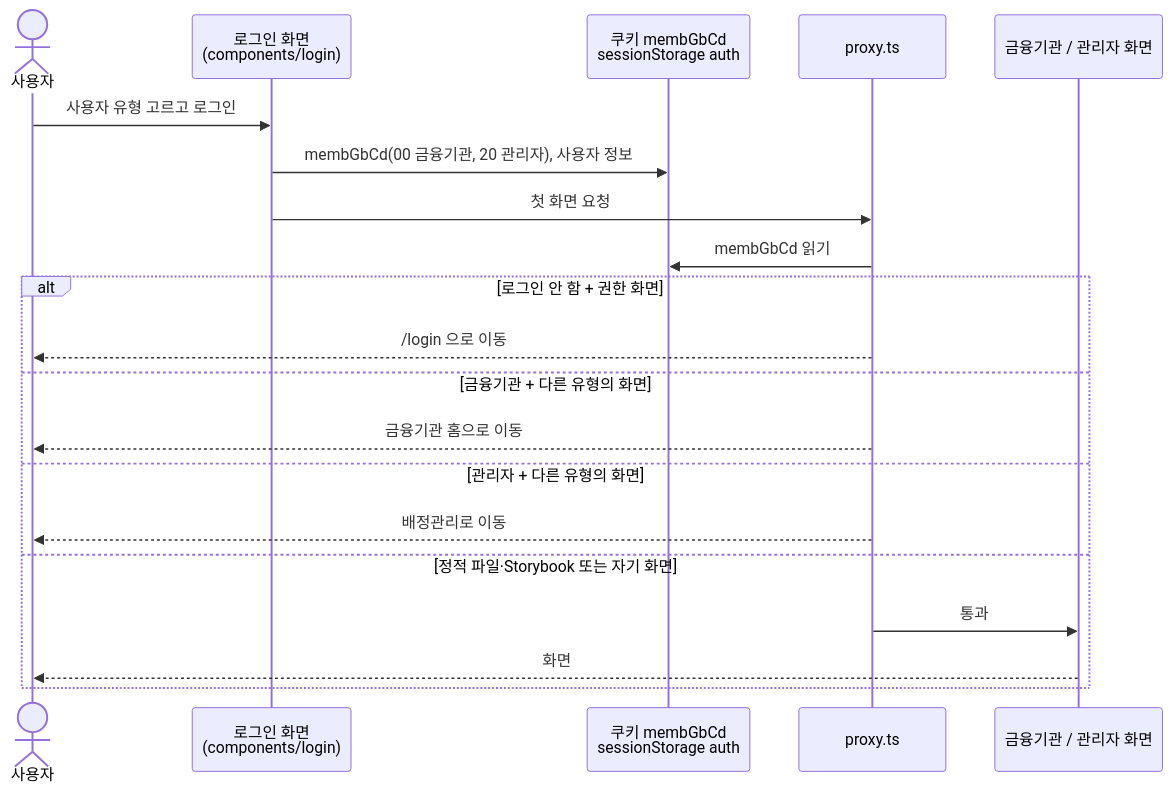
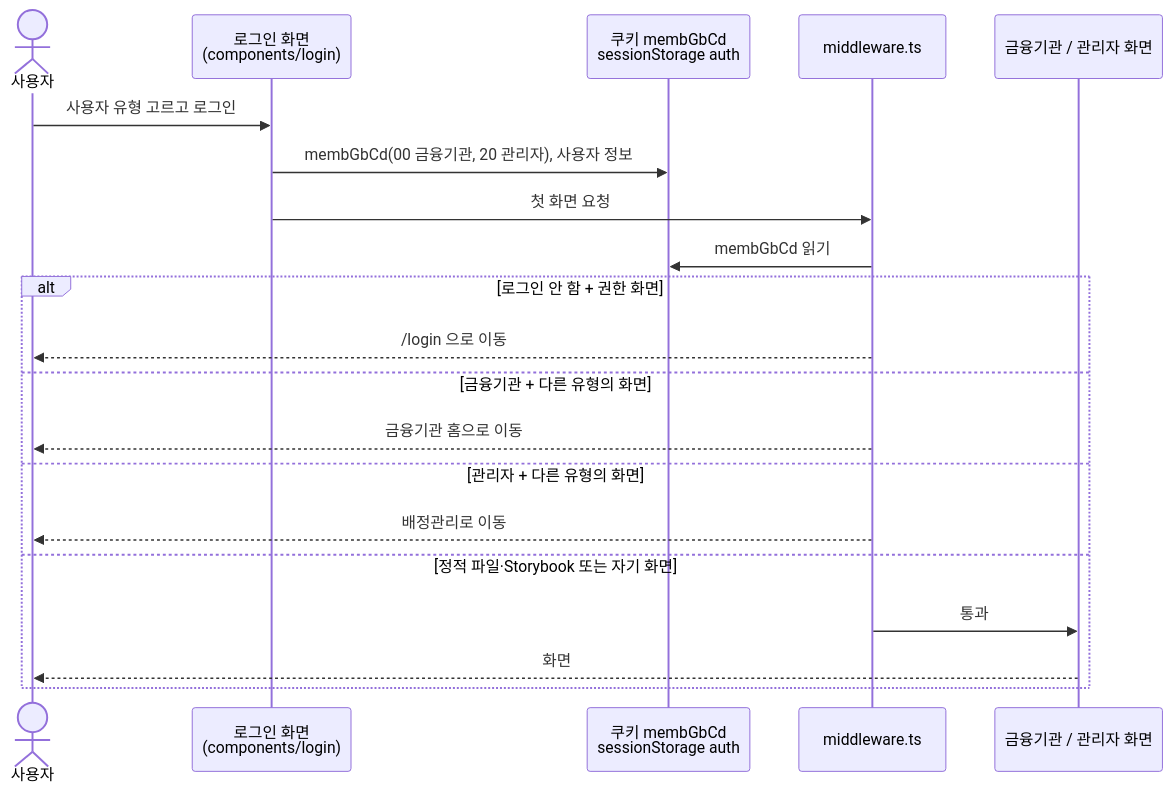
Before and after one commit to ryushin01/cERS: the first of 3 diagrams in docs/sequence-diagrams.md, drawn with Mermaid. The commit also changed 14 other files, not shown here.

````diff
--- a/docs/sequence-diagrams.md
+++ b/docs/sequence-diagrams.md
@@ -7,23 +7,23 @@
 ```mermaid
 sequenceDiagram
     actor 사용자
     participant 로그인 as 로그인 화면<br/>(components/login)
     participant 저장 as 쿠키 membGbCd<br/>sessionStorage auth
-    participant 프록시 as proxy.ts
+    participant 미들웨어 as middleware.ts
     participant 화면 as 금융기관 / 관리자 화면
 
     사용자->>로그인: 사용자 유형 고르고 로그인
     로그인->>저장: membGbCd(00 금융기관, 20 관리자), 사용자 정보
-    로그인->>프록시: 첫 화면 요청
-    프록시->>저장: membGbCd 읽기
+    로그인->>미들웨어: 첫 화면 요청
+    미들웨어->>저장: membGbCd 읽기
     alt 로그인 안 함 + 권한 화면
-        프록시-->>사용자: /login 으로 이동
+        미들웨어-->>사용자: /login 으로 이동
     else 금융기관 + 다른 유형의 화면
-        프록시-->>사용자: 금융기관 홈으로 이동
+        미들웨어-->>사용자: 금융기관 홈으로 이동
     else 관리자 + 다른 유형의 화면
-        프록시-->>사용자: 배정관리로 이동
+        미들웨어-->>사용자: 배정관리로 이동
     else 정적 파일·Storybook 또는 자기 화면
-        프록시->>화면: 통과
+        미들웨어->>화면: 통과
         화면-->>사용자: 화면
     end
 ```
````
